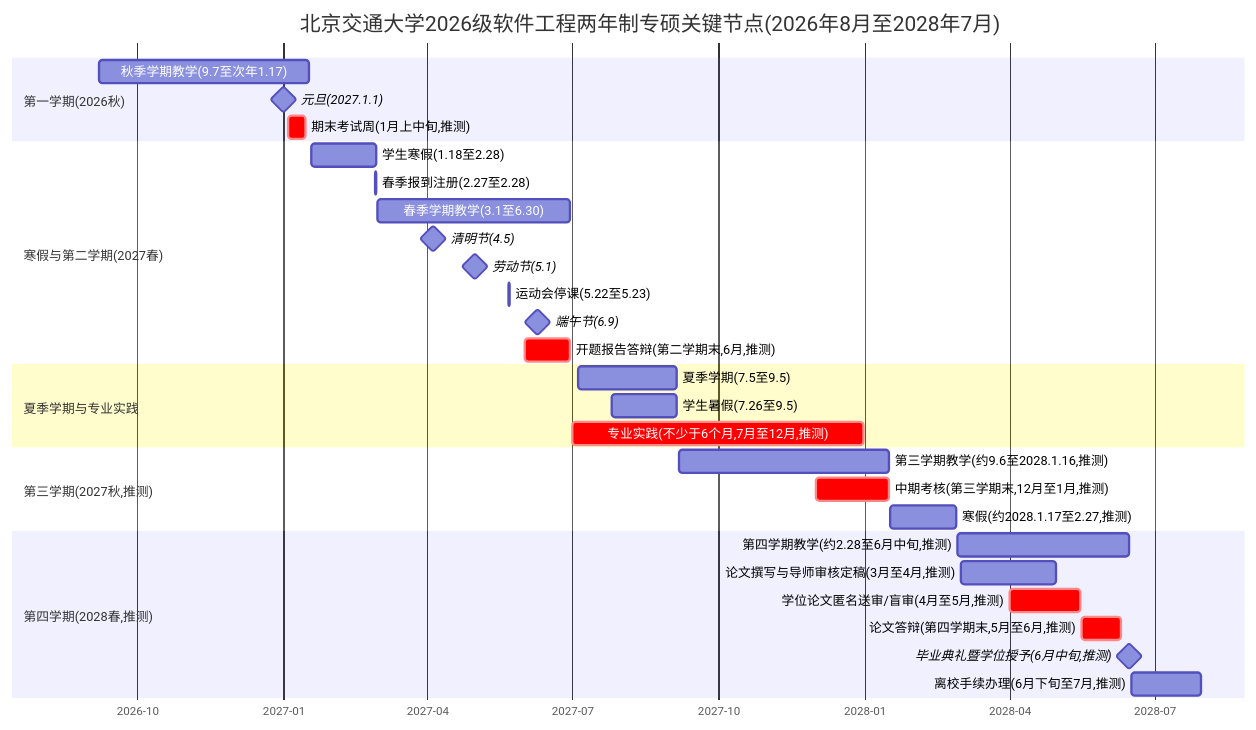
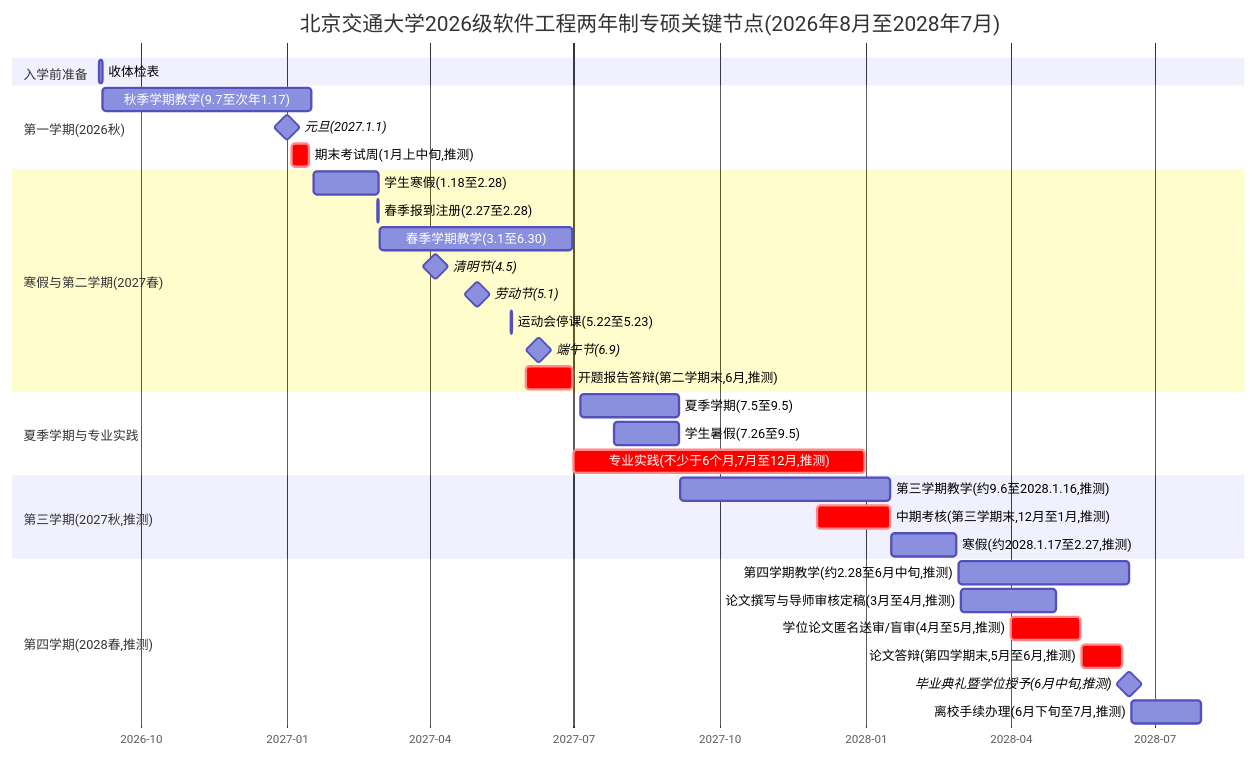
The diagram in gantt.md (leo372239-1024/mermaid-gantt-share), drawn with Mermaid before and after one commit.

Commit message:
sync: add: b1 收体检表

````diff
--- a/gantt.md
+++ b/gantt.md
@@ -13,37 +13,38 @@
 ```mermaid
 gantt
     title 北京交通大学2026级软件工程两年制专硕关键节点(2026年8月至2028年7月)
     dateFormat YYYY-MM-DD
     axisFormat %Y-%m
     section 入学前准备
+    收体检表 :b1, 2026-09-05, 2026-09-07
     section 报到与注册
     section 开学季事务(班级通知)
     section 第一学期(2026秋)
     秋季学期教学(9.7至次年1.17) :t7, 2026-09-07, 2027-01-17
     元旦(2027.1.1) :milestone, m7, 2027-01-01, 0d
     期末考试周(1月上中旬,推测) :crit, t8, 2027-01-04, 2027-01-15
     section 寒假与第二学期(2027春)
     学生寒假(1.18至2.28) :t9, 2027-01-18, 2027-02-28
     春季报到注册(2.27至2.28) :t10, 2027-02-27, 2027-02-28
     春季学期教学(3.1至6.30) :t11, 2027-03-01, 2027-06-30
     清明节(4.5) :milestone, m8, 2027-04-05, 0d
     劳动节(5.1) :milestone, m9, 2027-05-01, 0d
     运动会停课(5.22至5.23) :t12, 2027-05-22, 2027-05-23
     端午节(6.9) :milestone, m10, 2027-06-09, 0d
     开题报告答辩(第二学期末,6月,推测) :crit, t13, 2027-06-01, 2027-06-30
     section 夏季学期与专业实践
     夏季学期(7.5至9.5) :t14, 2027-07-05, 2027-09-05
     学生暑假(7.26至9.5) :t15, 2027-07-26, 2027-09-05
     专业实践(不少于6个月,7月至12月,推测) :crit, t16, 2027-07-01, 2027-12-31
     section 第三学期(2027秋,推测)
     第三学期教学(约9.6至2028.1.16,推测) :t17, 2027-09-06, 2028-01-16
     中期考核(第三学期末,12月至1月,推测) :crit, t18, 2027-12-01, 2028-01-16
     寒假(约2028.1.17至2.27,推测) :t19, 2028-01-17, 2028-02-27
     section 第四学期(2028春,推测)
     第四学期教学(约2.28至6月中旬,推测) :t20, 2028-02-28, 2028-06-15
     论文撰写与导师审核定稿(3月至4月,推测) :t21, 2028-03-01, 2028-04-30
     学位论文匿名送审/盲审(4月至5月,推测) :crit, t22, 2028-04-01, 2028-05-15
     论文答辩(第四学期末,5月至6月,推测) :crit, t23, 2028-05-16, 2028-06-10
     毕业典礼暨学位授予(6月中旬,推测) :milestone, m11, 2028-06-15, 0d
     离校手续办理(6月下旬至7月,推测) :t24, 2028-06-16, 2028-07-30
 ```
````
